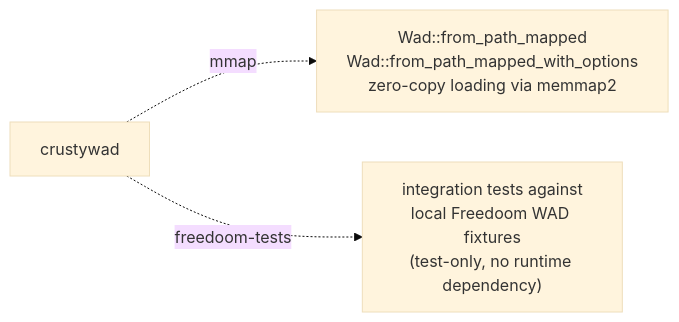
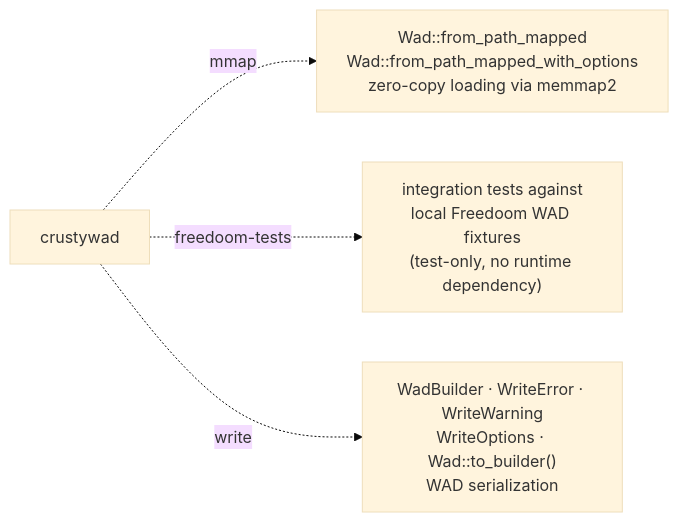
Before and after one commit to masriamir/crustywad: the second of 2 diagrams in docs/diagrams/architecture.md, drawn with Mermaid (base theme). The commit also changed other lines of this file and 3 other files, not shown here.

Commit message:
docs(design): document write architecture (#145)

````diff
--- a/docs/diagrams/architecture.md
+++ b/docs/diagrams/architecture.md
@@ -26,6 +28,7 @@
 ```mermaid
 graph LR
     lib["crustywad"]
     lib -. "mmap" .-> mmap["Wad::from_path_mapped\nWad::from_path_mapped_with_options\nzero-copy loading via memmap2"]
     lib -. "freedoom-tests" .-> ft["integration tests against\nlocal Freedoom WAD fixtures\n(test-only, no runtime dependency)"]
+    lib -. "write" .-> write["WadBuilder · WriteError · WriteWarning\nWriteOptions · Wad::to_builder()\nWAD serialization"]
 ```
````
